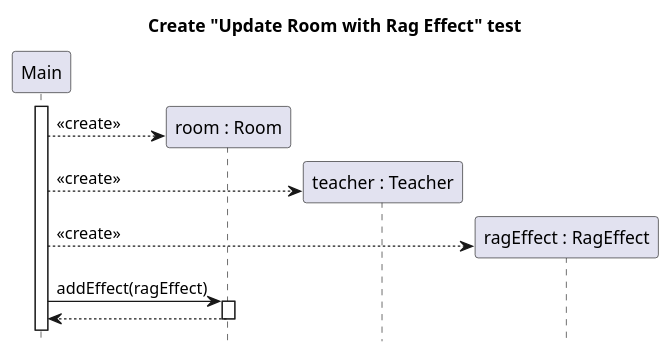
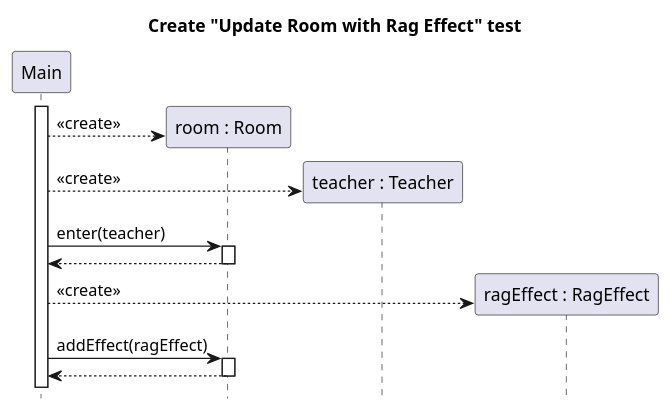
The diagram in docs/diagrams/test-create-sequence/room-update-rag-effect-create.puml (sn4k3ch4rm3r/logarlec), drawn with PlantUML before and after one commit. The commit also changed 1 other file, not shown here.

```diff
--- a/docs/diagrams/test-create-sequence/room-update-rag-effect-create.puml
+++ b/docs/diagrams/test-create-sequence/room-update-rag-effect-create.puml
@@ -1,23 +1,25 @@
 @startuml room-update-rag-effect
 title Create "Update Room with Rag Effect" test
 hide footbox
 
 skinparam SequenceReferenceBackgroundColor white
 
 participant Main
 participant "room : Room" as room
 participant "teacher : Teacher" as teacher
 participant "ragEffect : RagEffect" as rag
 
 Main++
 create room
 Main --> room : <<create>>
 create teacher
 Main --> teacher : <<create>>
+Main -> room ++ : enter(teacher)
+return
 create rag
 Main --> rag : <<create>>
 
 Main -> room ++ : addEffect(ragEffect)
 return
 
 @enduml
```
